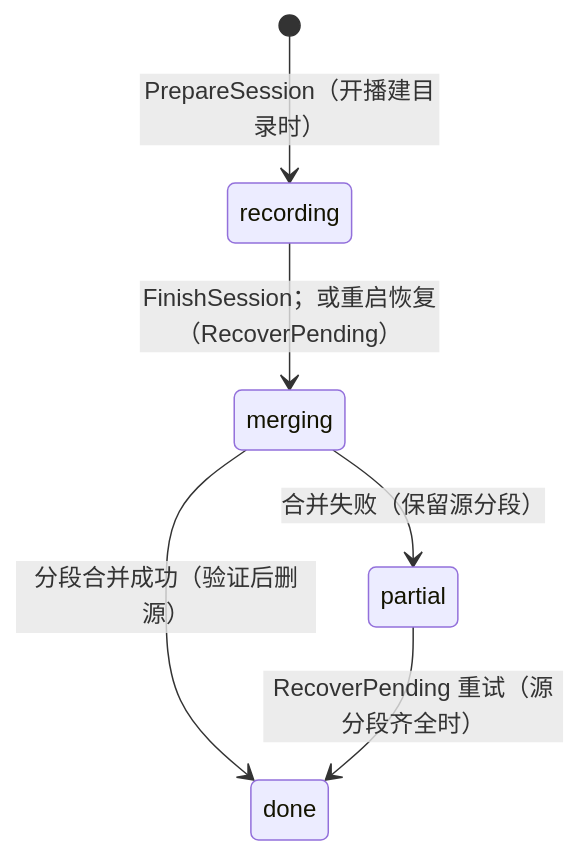
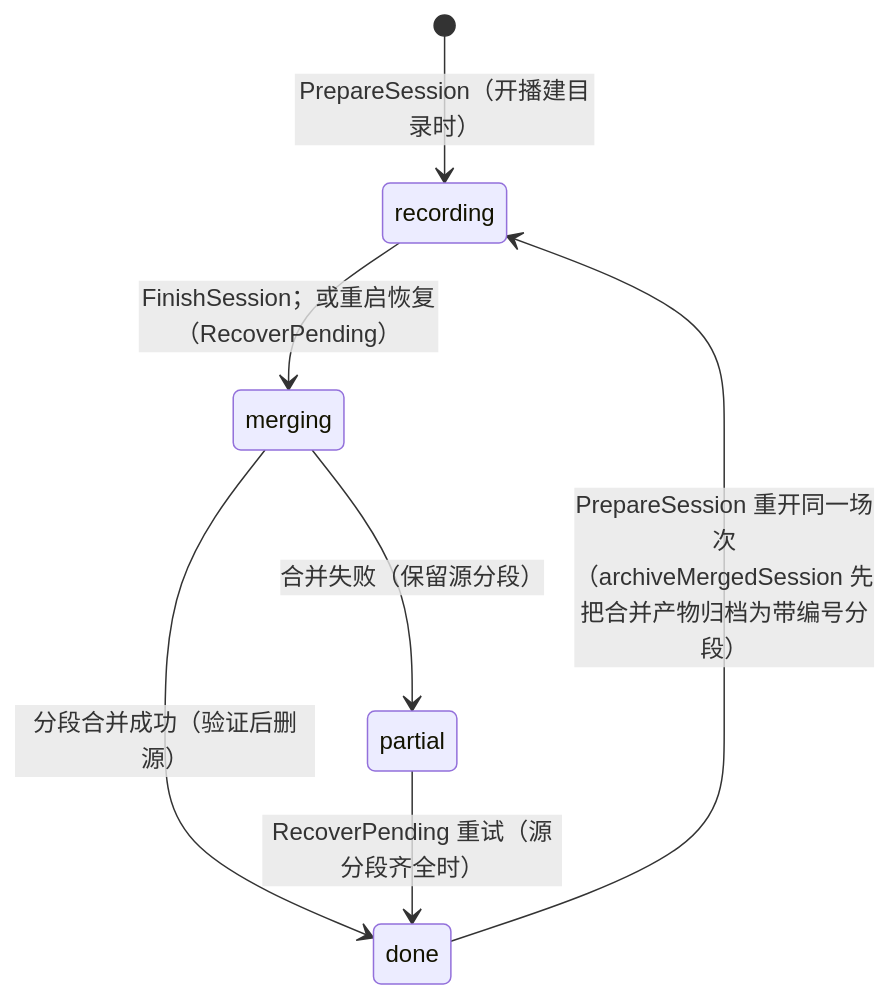
The ninth of 10 diagrams in docs/design/architecture-diagrams.md (xgbt/suika), drawn with Mermaid before and after one commit. The commit also changed other lines of this file and 4 other files, not shown here.

````diff
--- a/docs/design/architecture-diagrams.md
+++ b/docs/design/architecture-diagrams.md
@@ -355,8 +361,9 @@
 ```mermaid
 stateDiagram-v2
     [*] --> recording : PrepareSession（开播建目录时）
     recording --> merging : FinishSession；或重启恢复（RecoverPending）
     merging --> done : 分段合并成功（验证后删源）
     merging --> partial : 合并失败（保留源分段）
     partial --> done : RecoverPending 重试（源分段齐全时）
+    done --> recording : PrepareSession 重开同一场次<br/>（archiveMergedSession 先把合并产物归档为带编号分段）
 ```
````
